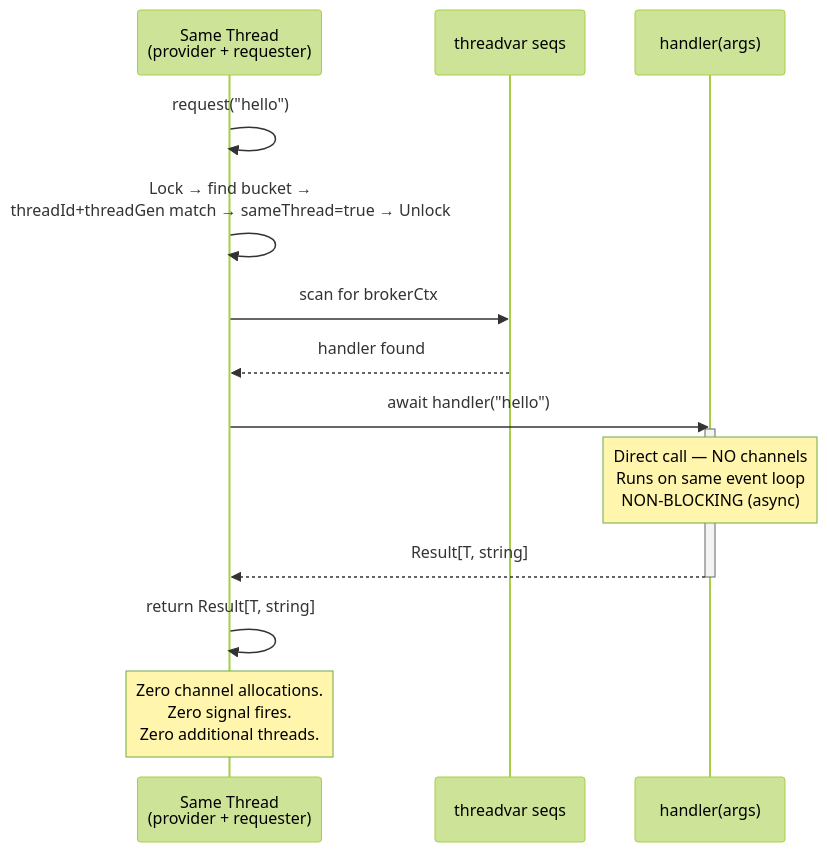
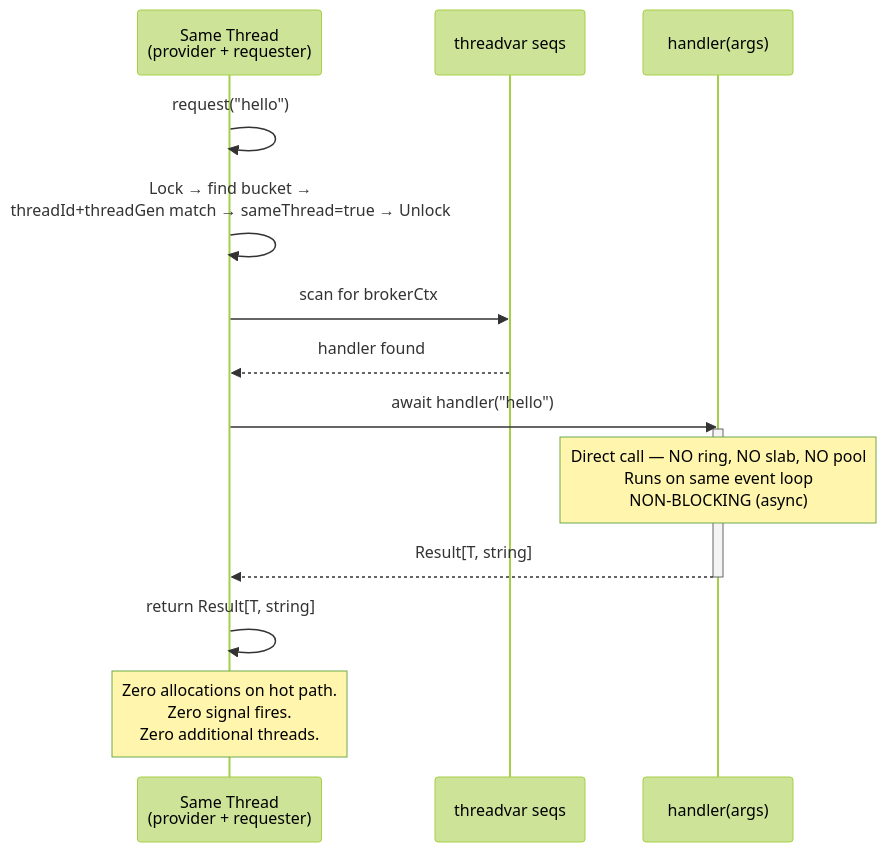
The second of 5 diagrams in doc/MultiThread_RequestBroker.md (NagyZoltanPeter/nim-brokers), drawn with Mermaid (forest theme) before and after one commit. The commit also changed other lines of this file and 1 other file, not shown here.

First line of the commit message:
Phase 5c: update MultiThread broker docs for ring + slab + pool design

````diff
--- a/doc/MultiThread_RequestBroker.md
+++ b/doc/MultiThread_RequestBroker.md
@@ -334,21 +348,21 @@
 ```mermaid
 sequenceDiagram
     participant T as Same Thread<br/>(provider + requester)
     participant TV as threadvar seqs
     participant H as handler(args)
 
     T ->> T: request("hello")
     T ->> T: Lock → find bucket →<br/>threadId+threadGen match → sameThread=true → Unlock
     T ->> TV: scan for brokerCtx
     TV -->> T: handler found
 
     T ->> H: await handler("hello")
     activate H
-    Note over H: Direct call — NO channels<br/>Runs on same event loop<br/>NON-BLOCKING (async)
+    Note over H: Direct call — NO ring, NO slab, NO pool<br/>Runs on same event loop<br/>NON-BLOCKING (async)
     H -->> T: Result[T, string]
     deactivate H
 
     T ->> T: return Result[T, string]
 
-    Note over T: Zero channel allocations.<br/>Zero signal fires.<br/>Zero additional threads.
+    Note over T: Zero allocations on hot path.<br/>Zero signal fires.<br/>Zero additional threads.
 ```
````
